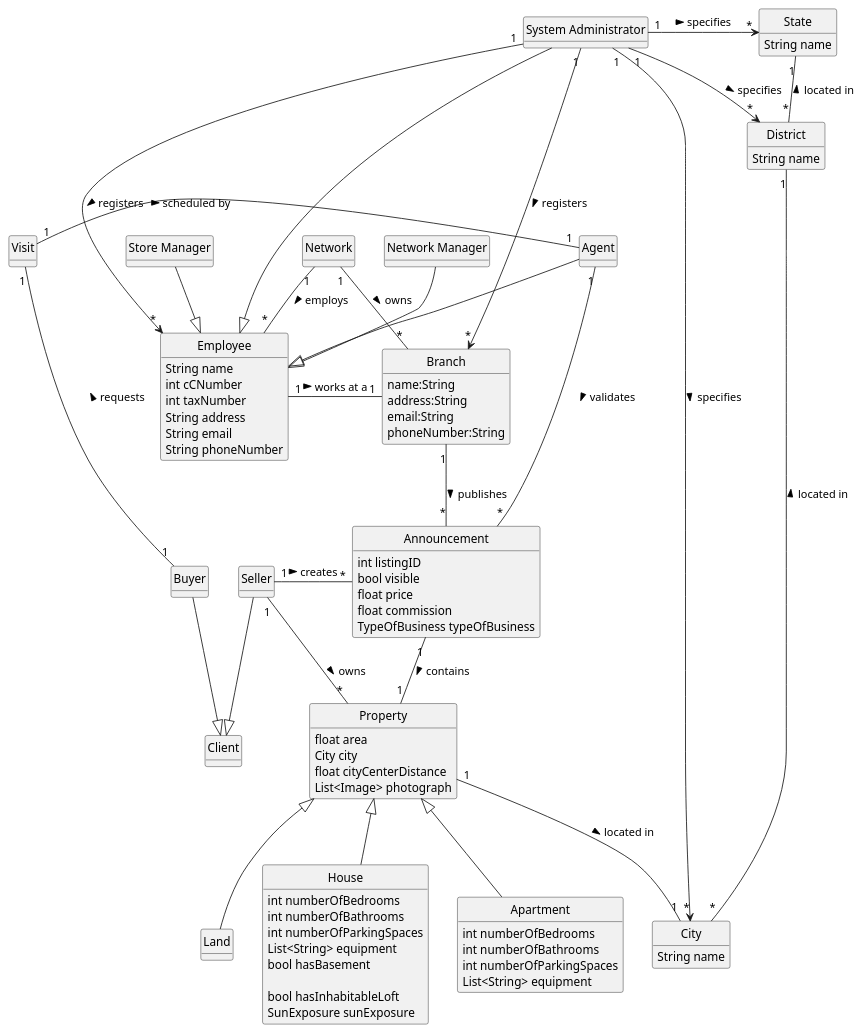
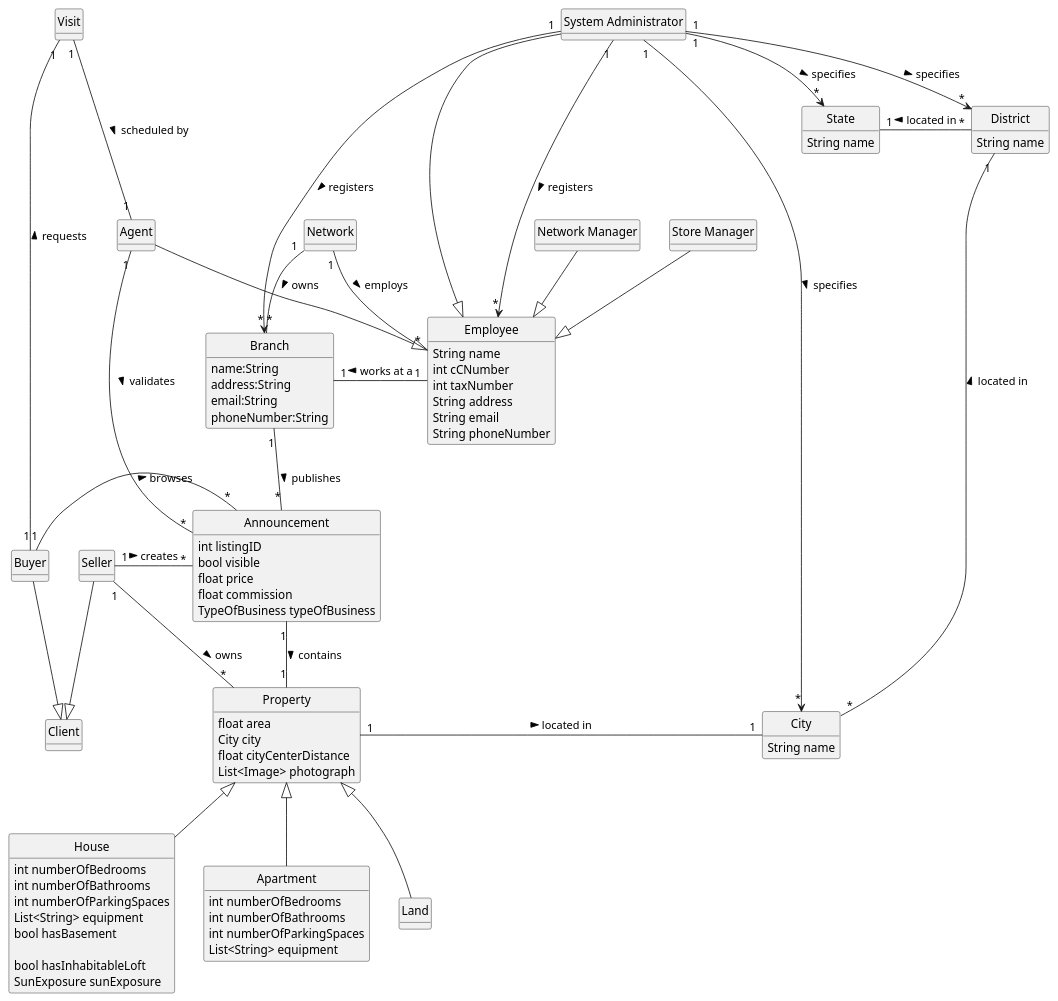
Before and after one commit to tiagohcorreia/LAPR2: the diagram in docs/sprintC/global-artifacts/02.analysis/puml/project-domain-model.puml, drawn with PlantUML. The commit also changed 1 other file, not shown here.

```diff
--- a/docs/sprintC/global-artifacts/02.analysis/puml/project-domain-model.puml
+++ b/docs/sprintC/global-artifacts/02.analysis/puml/project-domain-model.puml
@@ -1,149 +1,150 @@
 @startuml
 'https://plantuml.com/class-diagram
 
 skinparam monochrome true
 skinparam packageStyle rectangle
 skinparam shadowing false
 
 'skinparam linetype ortho
 'left to right direction
 skinparam classAttributeIconSize 0
 skinparam groupInheritance 1
 hide circle
 hide methods
 
 
 Network "1" -- "*" Branch: owns >
 Branch "1" -- "*" Announcement: publishes >
 Announcement "1" -- "1" Property: contains >
 
 Network "1" -- "*" Employee: employs >
 
 
 Property <|-- House
 Property <|-- Apartment
 Property <|-- Land
 
 
 "System Administrator" --|> Employee
 "Network Manager" --|> Employee
 "Store Manager" --|> Employee
 Agent --|> Employee
 
 Employee "1" - "1" Branch: works at a >
 
 "System Administrator" "1" ----> "*" Employee: registers >
 "System Administrator" "1" ---> "*" Branch: registers >
 
 
-"System Administrator" "1" -> "*" State: specifies >
+"System Administrator" "1" --> "*" State: specifies >
 "System Administrator" "1" -> "*" District: specifies >
 "System Administrator" "1" -> "*" City: specifies >
 
 
 together {
 Buyer --|> Client
 Seller --|> Client
 }
 
 Seller "1" - "*" Property: owns >
 Seller "1" - "*" Announcement: creates >
 Agent "1" - "*" Announcement: validates >
 Visit "1" - "1" Buyer: requests <
-Visit "1" - "1" Agent: scheduled by >
+Buyer "1" - "*" Announcement: browses >
+Visit "1" --- "1" Agent: scheduled by >
 
 together {
-Property "1" -- "1" City: located in >
-District "1" -- "*" City: located in <
-State "1" -- "*" District: located in <
+Property "1" - "1" City: located in >
+District "1" - "*" City: located in <
+State "1" - "*" District: located in <
 }
 
 
 class Network{
 
 }
 
 class Branch{
 name:String
 address:String
 email:String
 phoneNumber:String
 }
 
 class Employee{
 String name
 int cCNumber
 int taxNumber
 String address
 String email
 String phoneNumber
 }
 
 together {
 class "System Administrator"
 
 class "Network Manager"
 
 class "Store Manager"
 
 class Agent
 }
 
 class Client
 class Buyer
 class Seller
 
 class Visit{
 
 }
 
 class Announcement{
 int listingID
 bool visible
 float price
 float commission
 TypeOfBusiness typeOfBusiness
 }
 
 
 class Property{
 float area
 City city
 float cityCenterDistance
 List<Image> photograph
 }
 
 class House{
 int numberOfBedrooms
 int numberOfBathrooms
 int numberOfParkingSpaces
 List<String> equipment
 bool hasBasement
 
 bool hasInhabitableLoft
 SunExposure sunExposure
 }
 
 class Apartment{
 int numberOfBedrooms
 int numberOfBathrooms
 int numberOfParkingSpaces
 List<String> equipment
 }
 
 class Land{
 }
 
 class State{
 String name
 }
 class District{
 String name
 }
 class City{
 String name
 }
 
 
 
 @enduml
```
